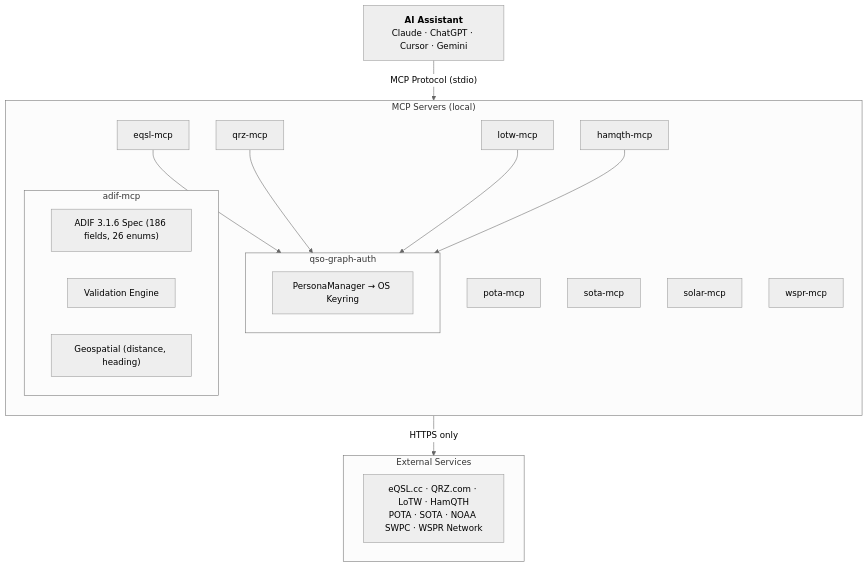
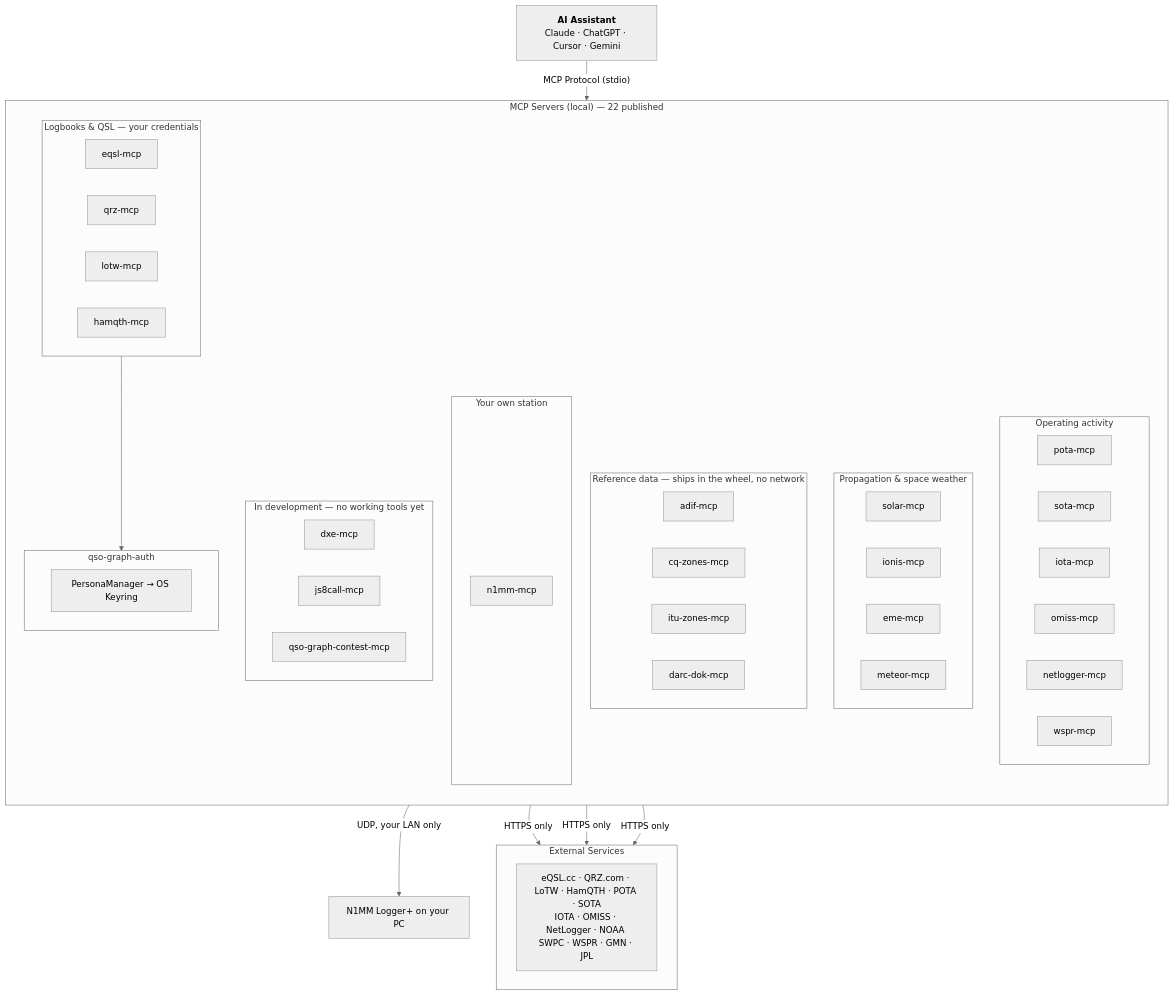
Before and after one commit to qso-graph/qso-graph.github.io: the diagram in docs/architecture.md, drawn with Mermaid (neutral theme). The commit also changed other lines of this file and 10 other files, not shown here.

````diff
--- a/docs/architecture.md
+++ b/docs/architecture.md
@@ -9,35 +9,62 @@
 ```mermaid
 graph TD
     AI["<b>AI Assistant</b><br/>Claude · ChatGPT · Cursor · Gemini"]
     AI -->|"MCP Protocol (stdio)"| Servers
 
-    subgraph Servers["MCP Servers (local)"]
+    subgraph Servers["MCP Servers (local) — 22 published"]
         direction TB
-        eqsl["eqsl-mcp"]
-        qrz["qrz-mcp"]
-        lotw["lotw-mcp"]
-        hamqth["hamqth-mcp"]
-        pota["pota-mcp"]
-        sota["sota-mcp"]
-        solar["solar-mcp"]
-        wspr["wspr-mcp"]
+
+        subgraph Logs["Logbooks & QSL — your credentials"]
+            eqsl["eqsl-mcp"]
+            qrz["qrz-mcp"]
+            lotw["lotw-mcp"]
+            hamqth["hamqth-mcp"]
+        end
+
+        subgraph Act["Operating activity"]
+            pota["pota-mcp"]
+            sota["sota-mcp"]
+            iota["iota-mcp"]
+            omiss["omiss-mcp"]
+            netlogger["netlogger-mcp"]
+            wspr["wspr-mcp"]
+        end
+
+        subgraph Prop["Propagation & space weather"]
+            solar["solar-mcp"]
+            ionis["ionis-mcp"]
+            eme["eme-mcp"]
+            meteor["meteor-mcp"]
+        end
+
+        subgraph Ref["Reference data — ships in the wheel, no network"]
+            adif["adif-mcp"]
+            cq["cq-zones-mcp"]
+            itu["itu-zones-mcp"]
+            darc["darc-dok-mcp"]
+        end
+
+        subgraph Local["Your own station"]
+            n1mm["n1mm-mcp"]
+        end
+
+        subgraph Dev["In development — no working tools yet"]
+            dxe["dxe-mcp"]
+            js8["js8call-mcp"]
+            contest["qso-graph-contest-mcp"]
+        end
 
         subgraph Auth["qso-graph-auth"]
             persona["PersonaManager → OS Keyring"]
         end
 
-        subgraph ADIF["adif-mcp"]
-            spec["ADIF 3.1.6 Spec (186 fields, 26 enums)"]
-            valid["Validation Engine"]
-            geo["Geospatial (distance, heading)"]
-        end
-
-        eqsl & qrz & lotw & hamqth --> Auth
+        Logs --> Auth
     end
 
-    Servers -->|"HTTPS only"| Services
+    Logs & Act & Prop -->|"HTTPS only"| Services
+    n1mm -->|"UDP, your LAN only"| Station["N1MM Logger+ on your PC"]
 
     subgraph Services["External Services"]
-        svc["eQSL.cc · QRZ.com · LoTW · HamQTH<br/>POTA · SOTA · NOAA SWPC · WSPR Network"]
+        svc["eQSL.cc · QRZ.com · LoTW · HamQTH · POTA · SOTA<br/>IOTA · OMISS · NetLogger · NOAA SWPC · WSPR · GMN · JPL"]
     end
 ```
````
